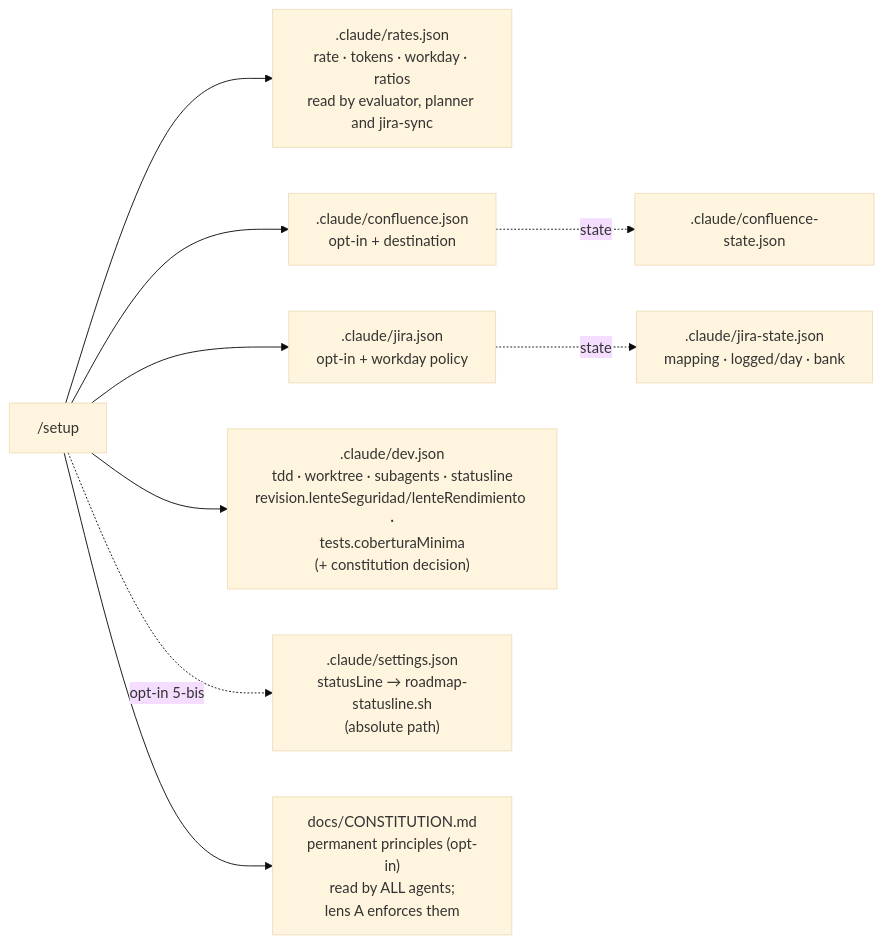
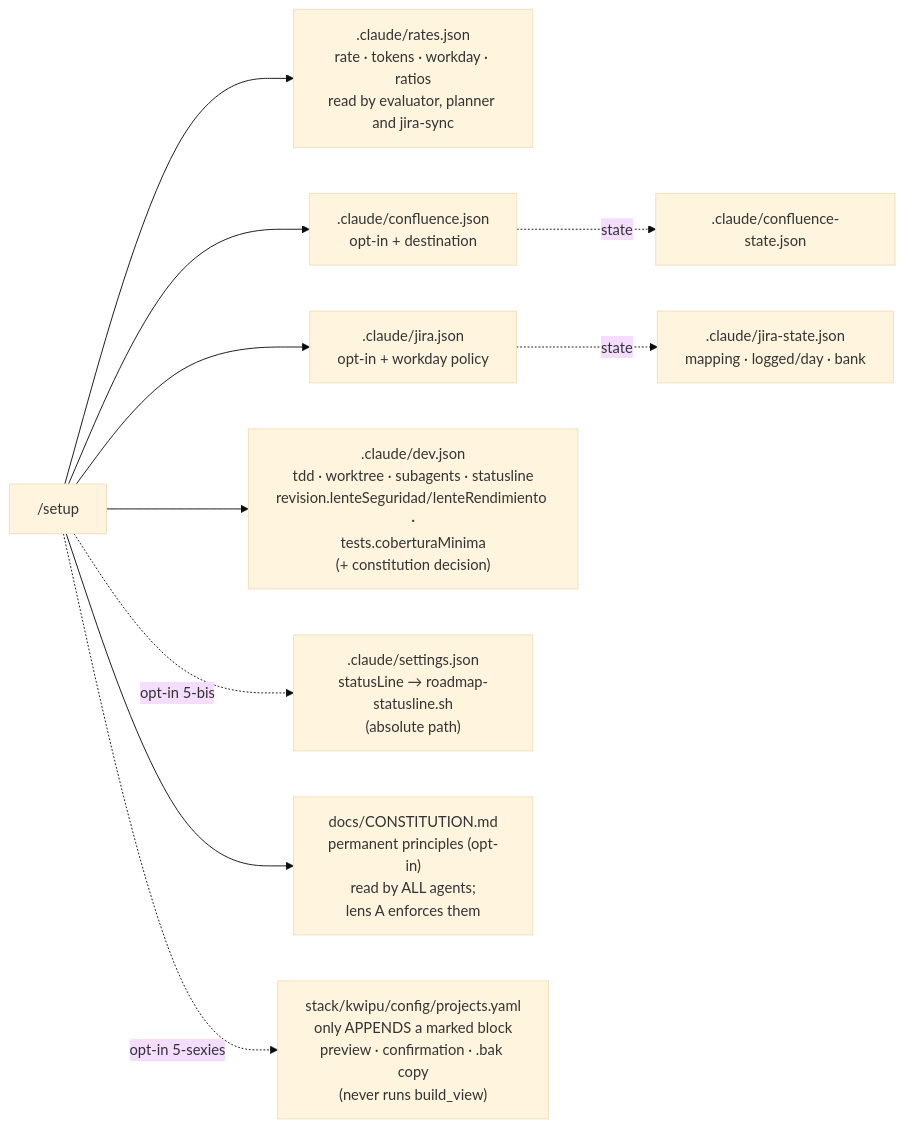
One commit to daycry/custom-agents changed diagram 13 of 13 in docs/en/FLOWS.md. Above: the diagram before and after it, drawn with Mermaid (base theme). The commit also changed 8 other files, not shown here.

Commit message:
T-13: /setup 5-sexies da de alta el proyecto en Kwipu con confirmación y sin ejecutar el stack (setup-statusline-polish)

````diff
--- a/docs/en/FLOWS.md
+++ b/docs/en/FLOWS.md
@@ -384,11 +384,12 @@
 ```mermaid
 flowchart LR
     A["/setup"] --> B[".claude/rates.json<br/>rate · tokens · workday · ratios<br/>read by evaluator, planner and jira-sync"]
     A --> C[".claude/confluence.json<br/>opt-in + destination"]
     A --> D[".claude/jira.json<br/>opt-in + workday policy"]
     A --> G[".claude/dev.json<br/>tdd · worktree · subagents · statusline<br/>revision.lenteSeguridad/lenteRendimiento ·<br/>tests.coberturaMinima<br/>(+ constitution decision)"]
     A -.->|"opt-in 5-bis"| SL[".claude/settings.json<br/>statusLine → roadmap-statusline.sh<br/>(absolute path)"]
     A --> H["docs/CONSTITUTION.md<br/>permanent principles (opt-in)<br/>read by ALL agents;<br/>lens A enforces them"]
+    A -.->|"opt-in 5-sexies"| KP["stack/kwipu/config/projects.yaml<br/>only APPENDS a marked block<br/>preview · confirmation · .bak copy<br/>(never runs build_view)"]
     C -.->|state| E[".claude/confluence-state.json"]
     D -.->|state| F[".claude/jira-state.json<br/>mapping · logged/day · bank"]
 ```
````
